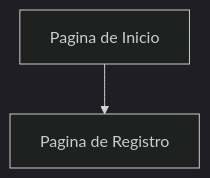
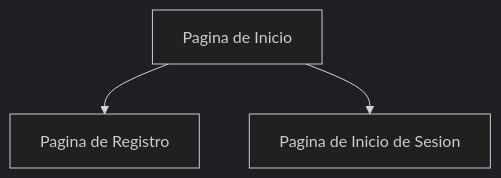
Before and after one commit to BryanMillon/Proyecto1_Grupo2: the diagram in Site map/Sitemap.mmd, drawn with Mermaid (dark theme).

Commit message:
Site Map Wendy

```diff
--- a/Site map/Sitemap.mmd
+++ b/Site map/Sitemap.mmd
@@ -1,3 +1,6 @@
 graph TD;
 
 A[Pagina de Inicio] --> B[Pagina de Registro]
+
+
+A --> D[Pagina de Inicio de Sesion]
```
